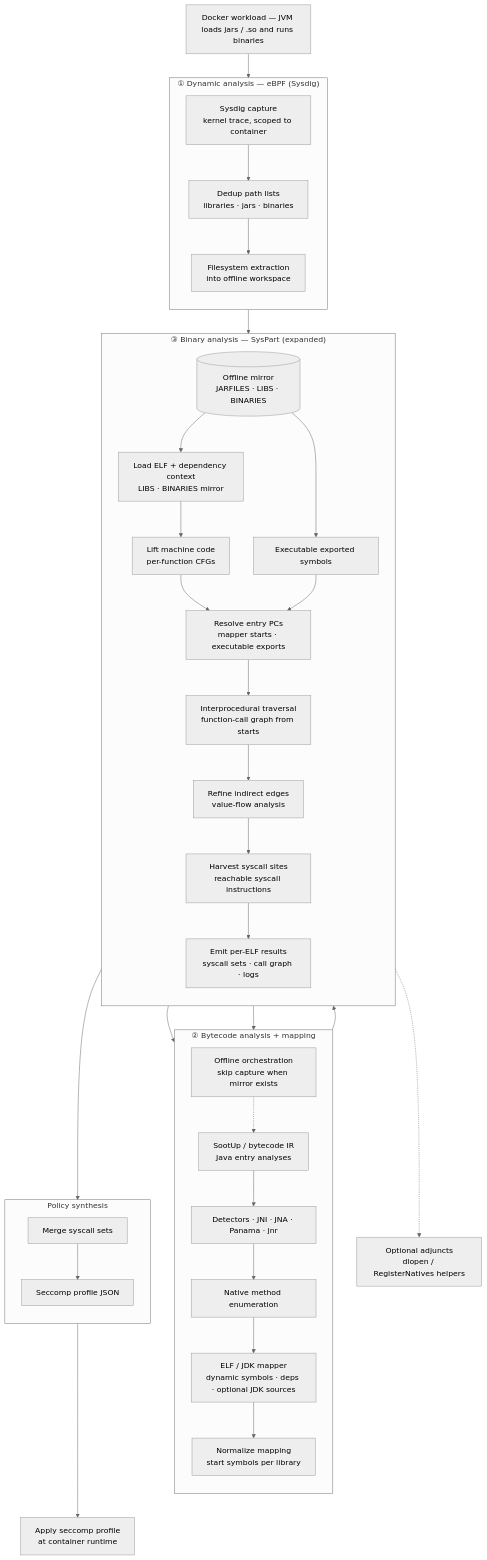
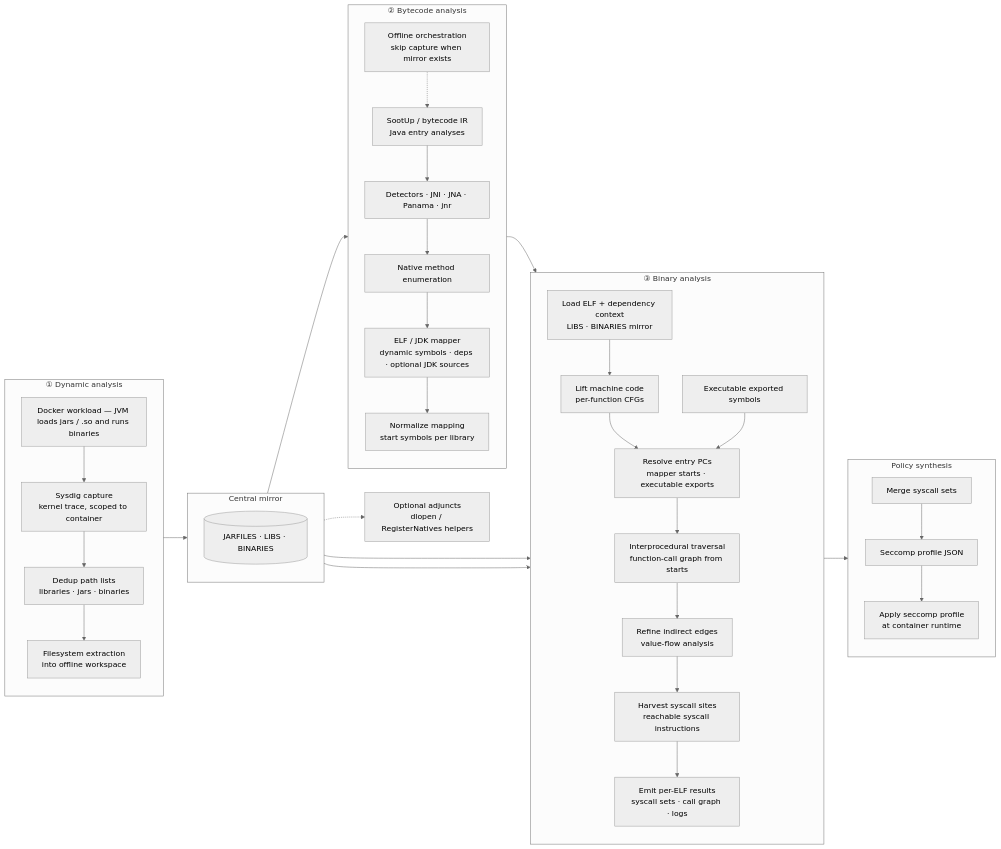
Before and after one commit to MadriSec/Prototype: the diagram in README.md, drawn with Mermaid (neutral theme). The commit also changed other lines of this file, not shown here.

Commit message:
update architecture

````diff
--- a/README.md
+++ b/README.md
@@ -92,65 +92,59 @@
 ```mermaid
-flowchart TB
-  RW["Docker workload — JVM loads jars / .so and runs binaries"]
-
-  subgraph P1["① Dynamic analysis — eBPF (Sysdig)"]
+flowchart LR
+  subgraph dyn["① Dynamic analysis"]
     direction TB
+    RW["Docker workload — JVM loads jars / .so and runs binaries"]
     SD["Sysdig capture<br/>kernel trace, scoped to container"]
     PL["Dedup path lists<br/>libraries · jars · binaries"]
     EX["Filesystem extraction<br/>into offline workspace"]
-    SD --> PL --> EX
+    RW --> SD --> PL --> EX
   end
 
-  RW --> SD
+  subgraph mirror["Central mirror"]
+    direction TB
+    M[(JARFILES · LIBS · BINARIES)]
+  end
 
-  M[(Offline mirror<br/>JARFILES · LIBS · BINARIES)]
-
-  EX --> M
-
-  subgraph P2["② Bytecode analysis + mapping"]
+  subgraph bc["② Bytecode analysis"]
     direction TB
     RA["Offline orchestration<br/>skip capture when mirror exists"]
     BC["SootUp / bytecode IR<br/>Java entry analyses"]
     DET["Detectors · JNI · JNA · Panama · jnr"]
     NM["Native method enumeration"]
     MP["ELF / JDK mapper<br/>dynamic symbols · deps · optional JDK sources"]
     PR["Normalize mapping<br/>start symbols per library"]
     RA -.-> BC
     BC --> DET --> NM --> MP --> PR
   end
 
-  M --> BC
-  M --> MP
-
-  subgraph P3["③ Binary analysis — SysPart (expanded)"]
+  subgraph bin["③ Binary analysis"]
     direction TB
     ELFIN["Load ELF + dependency context<br/>LIBS · BINARIES mirror"]
     CFG["Lift machine code<br/>per-function CFGs"]
     RESOLVE["Resolve entry PCs<br/>mapper starts · executable exports"]
     FCG["Interprocedural traversal<br/>function-call graph from starts"]
     VFA["Refine indirect edges<br/>value-flow analysis"]
     SYH["Harvest syscall sites<br/>reachable syscall instructions"]
     SC["Emit per-ELF results<br/>syscall sets · call graph · logs"]
+    EXSYM["Executable exported symbols"]
     ELFIN --> CFG --> RESOLVE --> FCG --> VFA --> SYH --> SC
-    PR --> RESOLVE
-    EXSYM["Executable exported symbols"]
-    M --> ELFIN
-    M --> EXSYM --> RESOLVE
+    EXSYM --> RESOLVE
   end
 
-  subgraph POL["Policy synthesis"]
+  subgraph pol["Policy synthesis"]
     direction TB
     GEN["Merge syscall sets"]
     PROF["Seccomp profile JSON"]
-    GEN --> PROF
+    OUT["Apply seccomp profile<br/>at container runtime"]
+    GEN --> PROF --> OUT
   end
+
+  EX --> M --> BC
+  M --> ELFIN
+  M --> EXSYM
+  PR --> RESOLVE
+  SC --> GEN
 
   OPA["Optional adjuncts<br/>dlopen / RegisterNatives helpers"]
   M -.-> OPA
-
-  SC --> GEN
-
-  OUT["Apply seccomp profile<br/>at container runtime"]
-
-  PROF --> OUT
 ```
````
